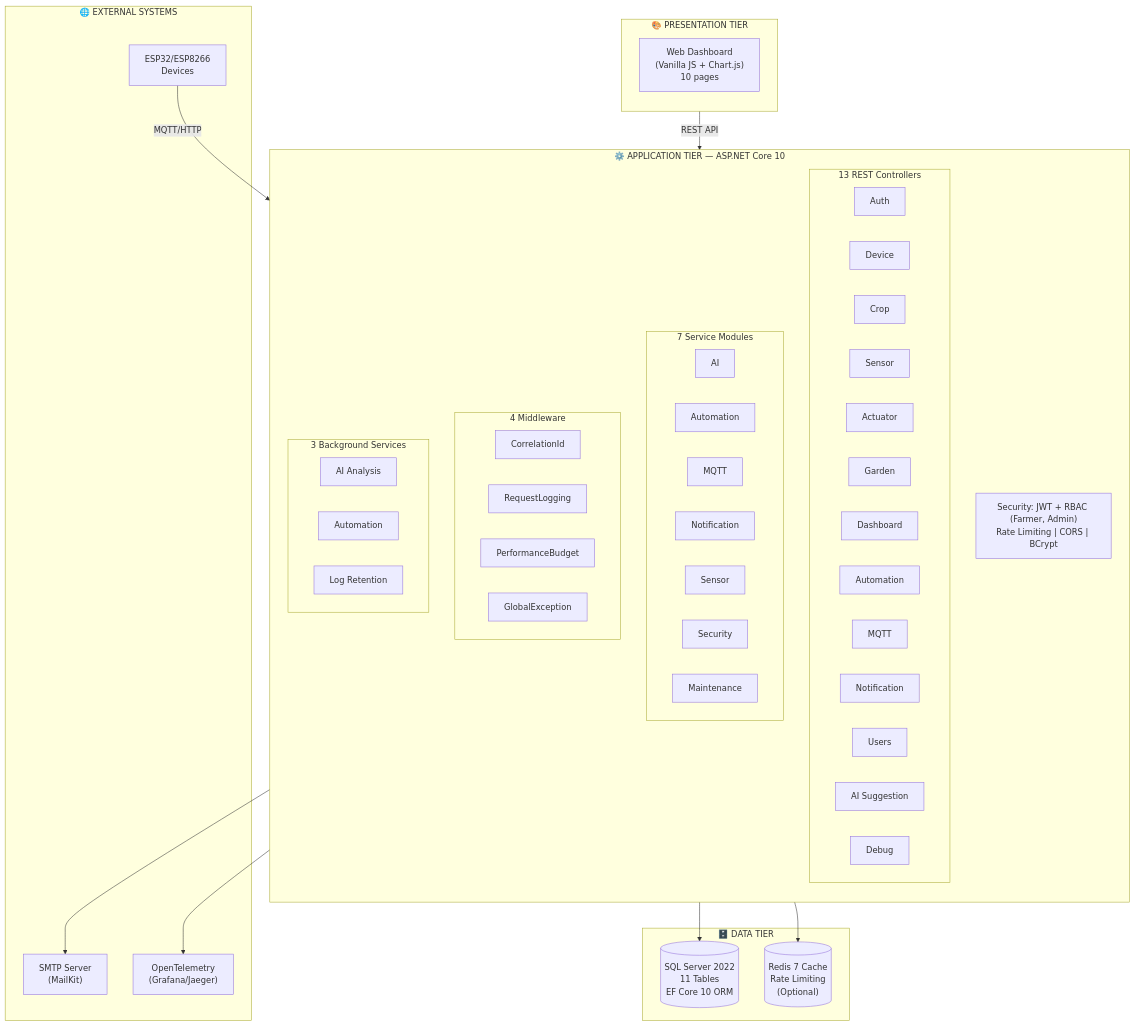
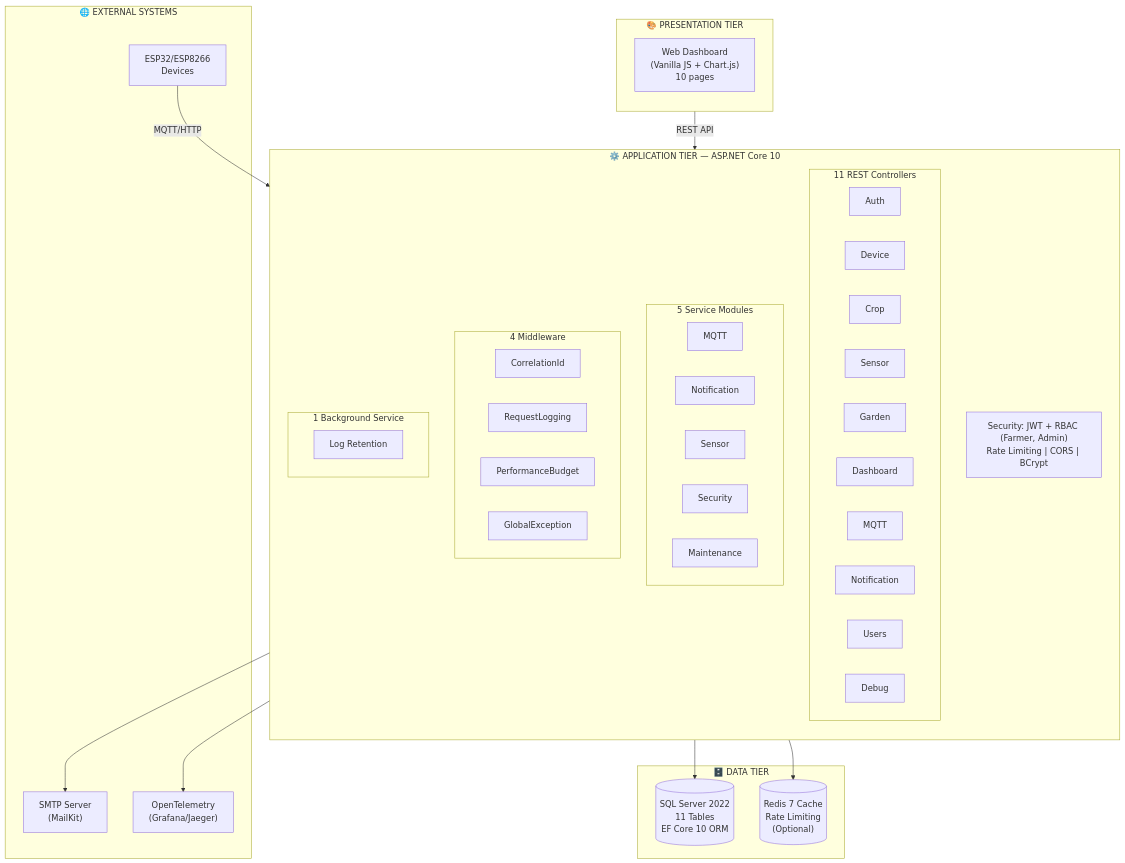
One commit to N3m310/AeroponicIOT changed the second of 5 diagrams in docs/presentation-outline.md. Above: the diagram before and after it, drawn with Mermaid. The commit also changed other lines of this file and 1 other file, not shown here.

````diff
--- a/docs/presentation-outline.md
+++ b/docs/presentation-outline.md
@@ -145,70 +140,63 @@
 ```mermaid
 graph TB
     subgraph Presentation["🎨 PRESENTATION TIER"]
         direction TB
         WEB["Web Dashboard\n(Vanilla JS + Chart.js)\n10 pages"]
     end
 
     subgraph Application["⚙️ APPLICATION TIER — ASP.NET Core 10"]
         direction TB
 
-        subgraph Controllers["13 REST Controllers"]
+        subgraph Controllers["11 REST Controllers"]
             AUTH["Auth"]
             DEV["Device"]
             CROP["Crop"]
             SENSOR["Sensor"]
-            ACT["Actuator"]
             GARDEN["Garden"]
             DASH["Dashboard"]
-            AUTO["Automation"]
             MQTTAPI["MQTT"]
             NOTIF["Notification"]
             USERS["Users"]
-            AIAPI["AI Suggestion"]
             DEBUG["Debug"]
         end
 
-        subgraph Services["7 Service Modules"]
-            AI["AI"]
-            AUTOSVC["Automation"]
+        subgraph Services["5 Service Modules"]
             MQTTSVC["MQTT"]
             NOTIFSVC["Notification"]
             SENSORSVC["Sensor"]
             SEC["Security"]
             MAINT["Maintenance"]
         end
 
         subgraph Middleware["4 Middleware"]
             CORR["CorrelationId"]
             REQLOG["RequestLogging"]
             PERF["PerformanceBudget"]
             GLOBAL["GlobalException"]
         end
 
-        subgraph BGServices["3 Background Services"]
-            AIBG["AI Analysis"]
-            AUTOBG["Automation"]
+        subgraph BGServices["1 Background Service"]
             LOGBG["Log Retention"]
         end
 
         SECURITY["Security: JWT + RBAC (Farmer, Admin)\nRate Limiting | CORS | BCrypt"]
     end
 
     subgraph Data["🗄️ DATA TIER"]
         SQL[("SQL Server 2022\n11 Tables\nEF Core 10 ORM")]
         REDIS[("Redis 7 Cache\nRate Limiting\n(Optional)")]
     end
 
     subgraph External["🌐 EXTERNAL SYSTEMS"]
         ESP["ESP32/ESP8266\nDevices"]
         SMTP["SMTP Server\n(MailKit)"]
         OTEL["OpenTelemetry\n(Grafana/Jaeger)"]
     end
 
     Presentation -->|REST API| Application
     Application --> SQL
     Application --> REDIS
     ESP -->|MQTT/HTTP| Application
     Application --> SMTP
     Application --> OTEL
 ```
````
